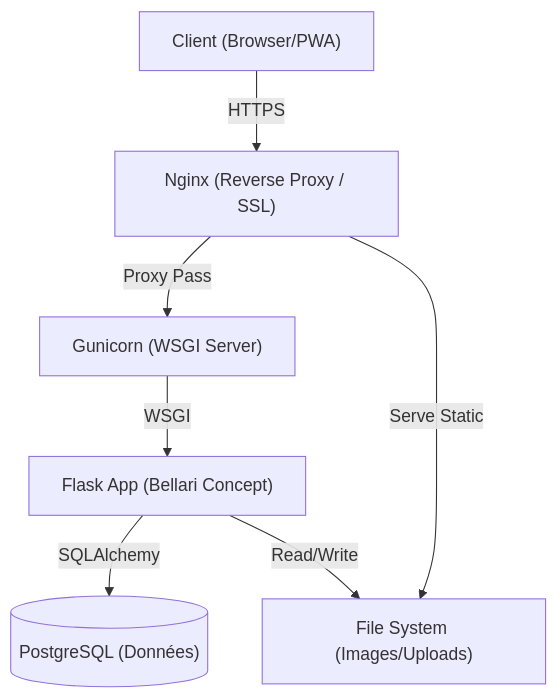
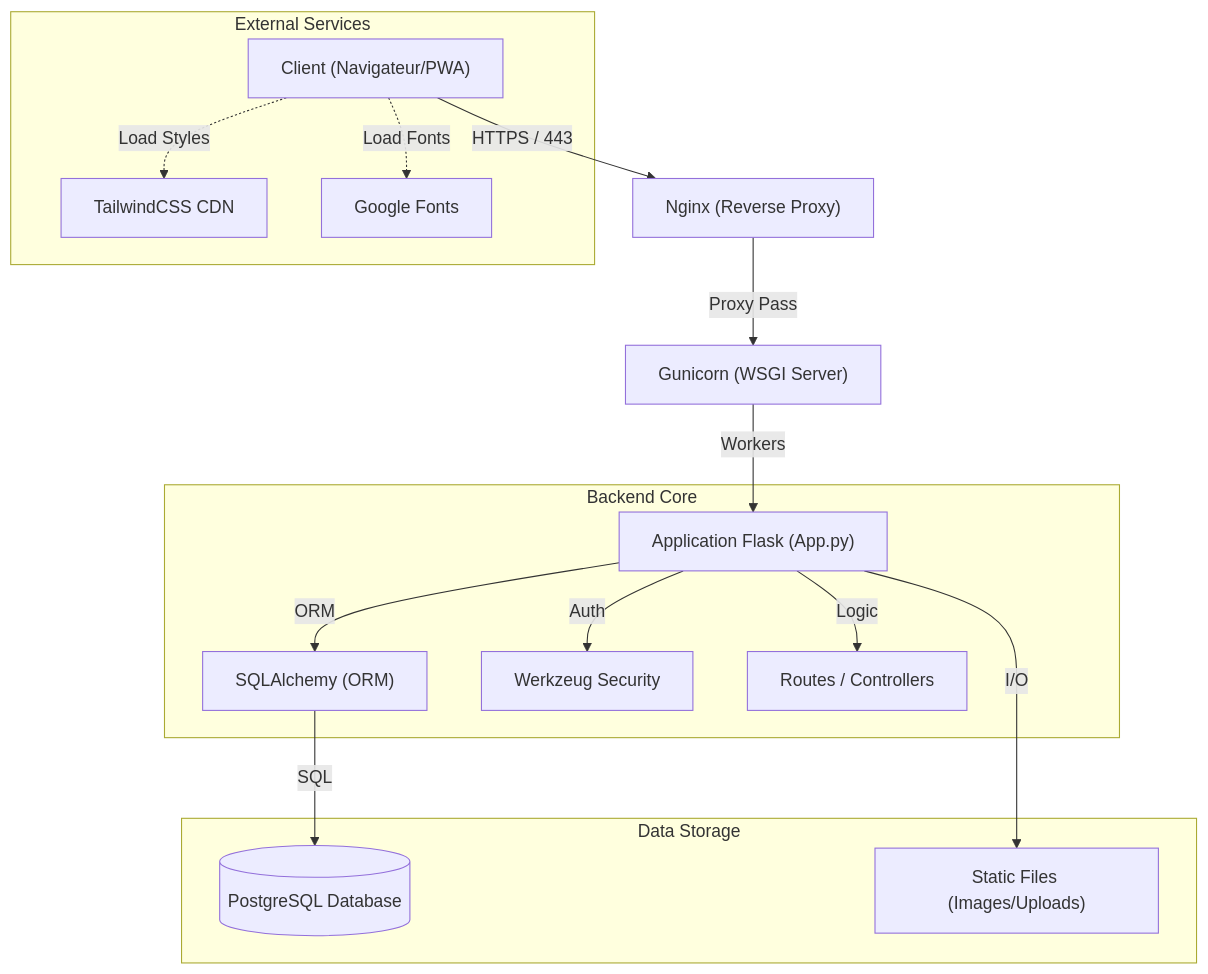
Before and after one commit to moa-digitalagency/BellariConcept: the diagram in docs/Bellari_Concept_Architecture_FR.md, drawn with Mermaid. The commit also changed other lines of this file and 8 other files, not shown here.

Commit message:
Docs: Generate enterprise-grade bilingual documentation and legal files for Bellari Concept

````diff
--- a/docs/Bellari_Concept_Architecture_FR.md
+++ b/docs/Bellari_Concept_Architecture_FR.md
@@ -15,16 +16,22 @@
 ```mermaid
 graph TD
-    Client["Client (Browser/PWA)"]
-    Nginx["Nginx (Reverse Proxy / SSL)"]
-    Gunicorn["Gunicorn (WSGI Server)"]
-    Flask["Flask App (Bellari Concept)"]
-    DB[("PostgreSQL (Données)")]
-    FS["File System (Images/Uploads)"]
+    Client["Client (Navigateur/PWA)"] -->|HTTPS / 443| Nginx["Nginx (Reverse Proxy)"]
+    Nginx -->|Proxy Pass| Gunicorn["Gunicorn (WSGI Server)"]
+    Gunicorn -->|Workers| Flask["Application Flask (App.py)"]
 
-    Client -->|HTTPS| Nginx
-    Nginx -->|Proxy Pass| Gunicorn
-    Nginx -->|Serve Static| FS
-    Gunicorn -->|WSGI| Flask
-    Flask -->|SQLAlchemy| DB
-    Flask -->|Read/Write| FS
+    subgraph "Backend Core"
+        Flask -->|ORM| SQLAlchemy["SQLAlchemy (ORM)"]
+        Flask -->|Auth| Security["Werkzeug Security"]
+        Flask -->|Logic| Routes["Routes / Controllers"]
+    end
+
+    subgraph "Data Storage"
+        SQLAlchemy -->|SQL| DB[("PostgreSQL Database")]
+        Flask -->|I/O| Static["Static Files (Images/Uploads)"]
+    end
+
+    subgraph "External Services"
+        Client -.->|Load Styles| CDN["TailwindCSS CDN"]
+        Client -.->|Load Fonts| Fonts["Google Fonts"]
+    end
 ```
````
